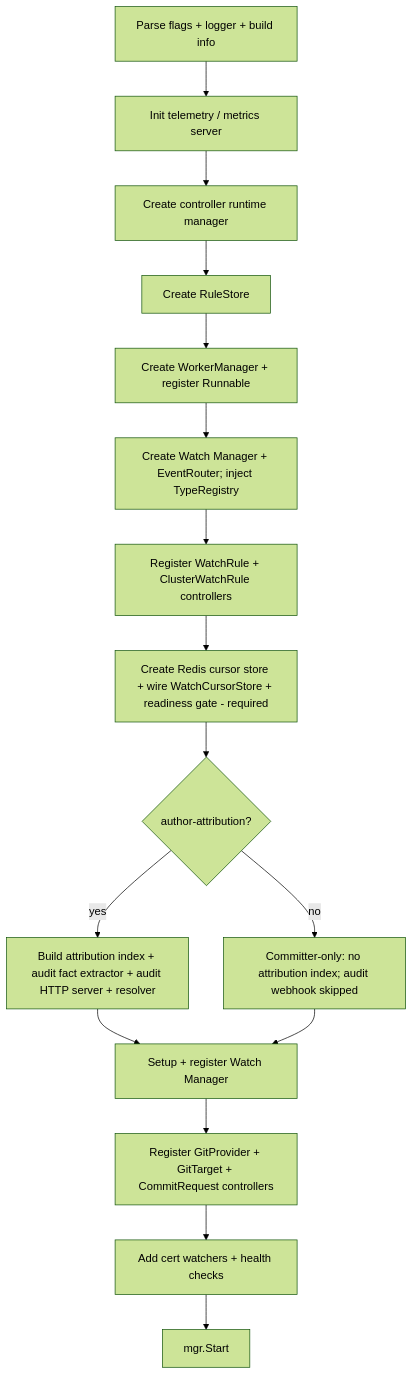
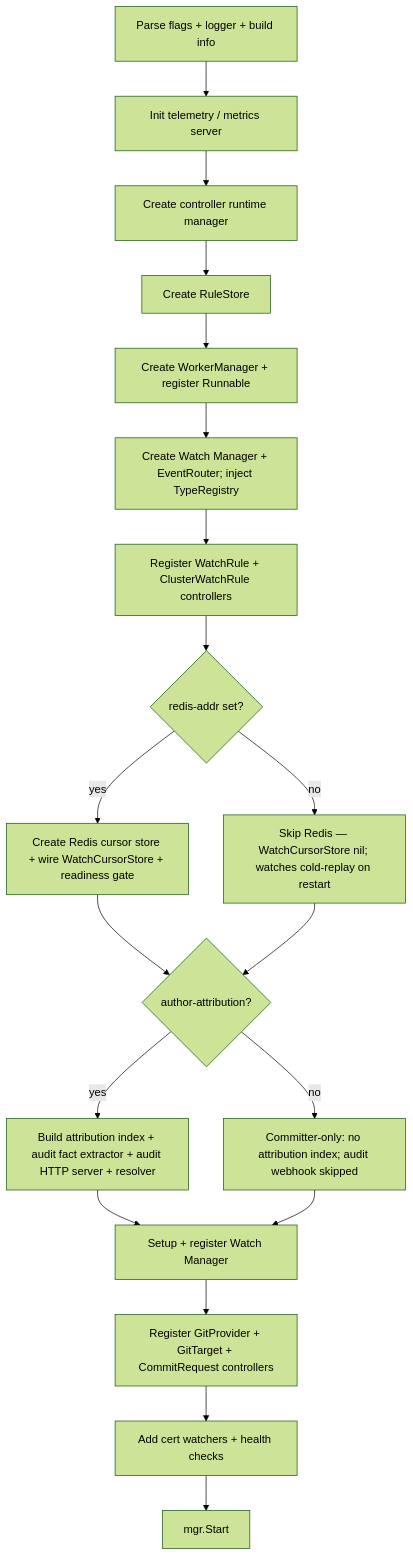
Before and after one commit to ConfigButler/gitops-reverser: the fifth of 5 diagrams in docs/architecture.md, drawn with Mermaid (forest theme). The commit also changed other lines of this file and 5 other files, not shown here.

````diff
--- a/docs/architecture.md
+++ b/docs/architecture.md
@@ -1021,18 +1021,21 @@
 ```mermaid
 flowchart TD
     A[Parse flags + logger + build info] --> B[Init telemetry / metrics server]
     B --> C[Create controller runtime manager]
     C --> D[Create RuleStore]
     D --> E[Create WorkerManager + register Runnable]
     E --> F[Create Watch Manager + EventRouter; inject TypeRegistry]
     F --> G[Register WatchRule + ClusterWatchRule controllers]
-    G --> H[Create Redis cursor store + wire WatchCursorStore + readiness gate - required]
-    H --> Hq{author-attribution?}
+    G --> H{redis-addr set?}
+    H -->|yes| Hi[Create Redis cursor store + wire WatchCursorStore + readiness gate]
+    H -->|no| Hj[Skip Redis — WatchCursorStore nil; watches cold-replay on restart]
+    Hi --> Hq{author-attribution?}
+    Hj --> Hq
     Hq -->|yes| I[Build attribution index + audit fact extractor + audit HTTP server + resolver]
     Hq -->|no| J[Committer-only: no attribution index; audit webhook skipped]
     I --> K[Setup + register Watch Manager]
     J --> K
     K --> L[Register GitProvider + GitTarget + CommitRequest controllers]
     L --> M[Add cert watchers + health checks]
     M --> N[mgr.Start]
 ```
````
